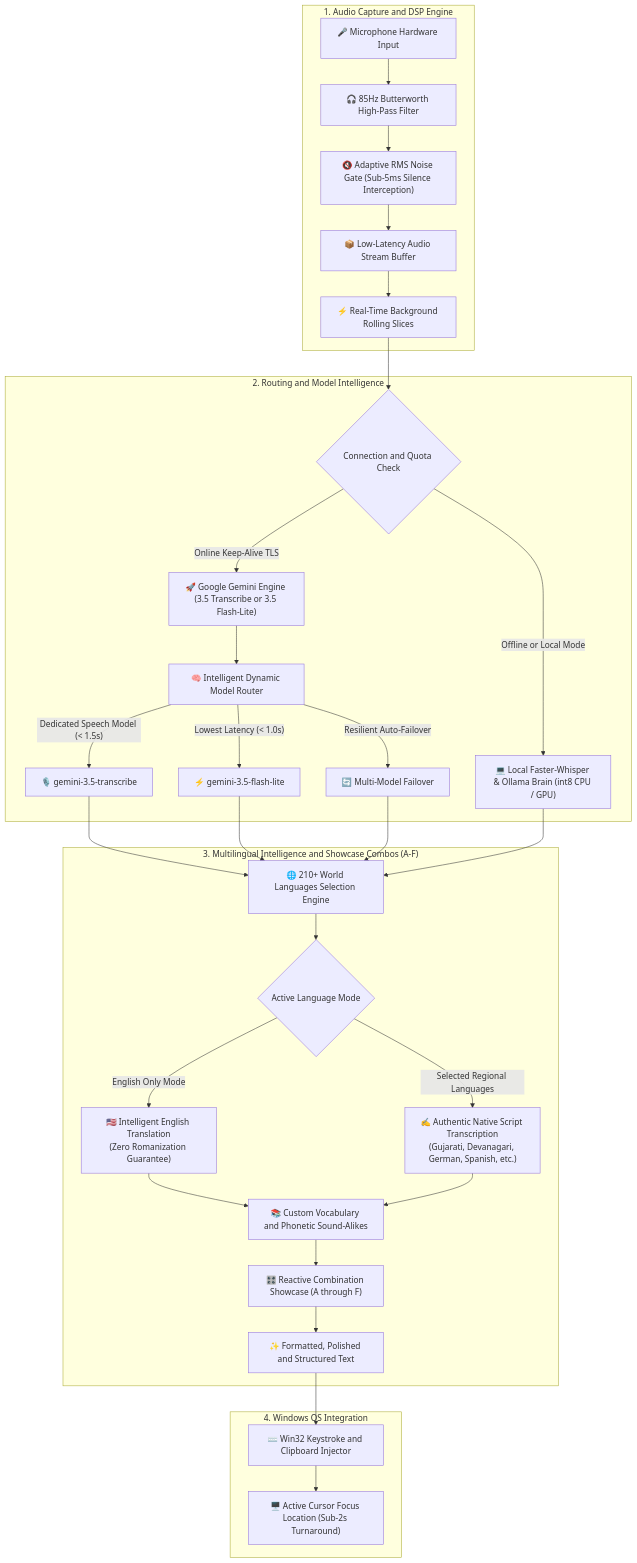
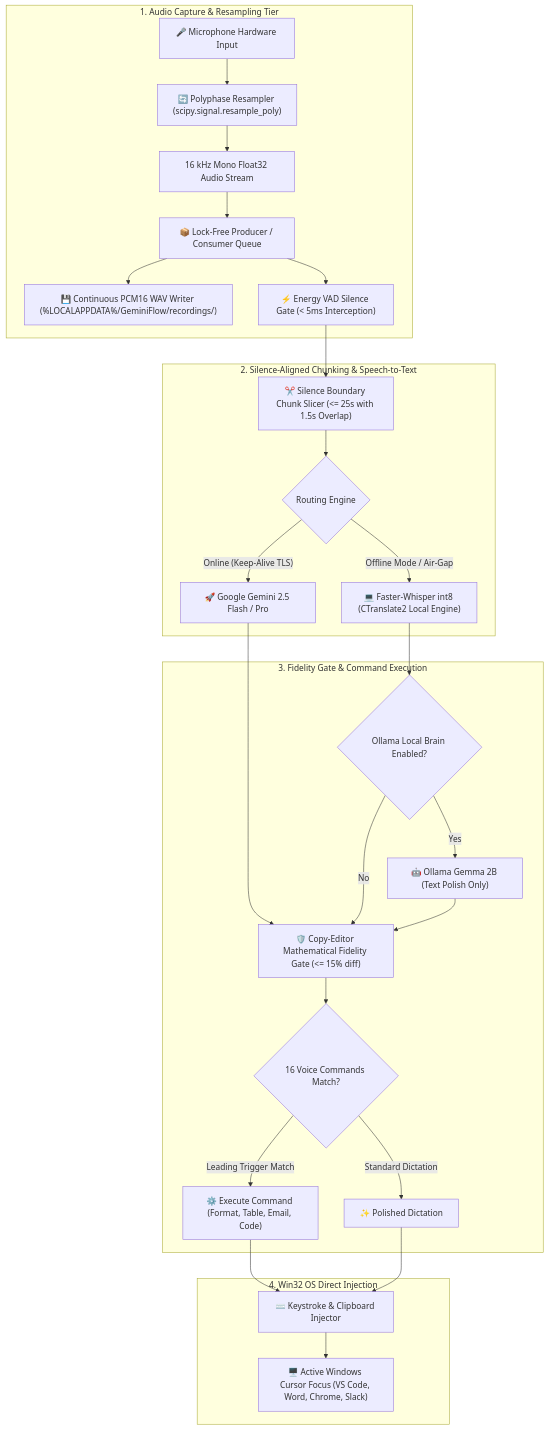
The diagram in README.md (SriniwasAwasthi/gemini-flow), drawn with Mermaid before and after one commit. The commit also changed other lines of this file and 34 other files, not shown here.

````diff
--- a/README.md
+++ b/README.md
@@ -210,39 +265,34 @@
 ```mermaid
 flowchart TD
-    subgraph Audio ["1. Audio Capture and DSP Engine"]
-        A["🎤 Microphone Hardware Input"] --> B["🎧 85Hz Butterworth High-Pass Filter"]
-        B --> C["🔇 Adaptive RMS Noise Gate (Sub-5ms Silence Interception)"]
-        C --> D["📦 Low-Latency Audio Stream Buffer"]
-        D --> E["⚡ Real-Time Background Rolling Slices"]
+    subgraph AudioEngine ["1. Audio Capture & Resampling Tier"]
+        Mic["🎤 Microphone Hardware Input"] --> Resample["🔄 Polyphase Resampler (scipy.signal.resample_poly)"]
+        Resample --> ResampledAudio["16 kHz Mono Float32 Audio Stream"]
+        ResampledAudio --> Queue["📦 Lock-Free Producer / Consumer Queue"]
+        Queue --> Disk["💾 Continuous PCM16 WAV Writer (%LOCALAPPDATA%/GeminiFlow/recordings/)"]
+        Queue --> VAD["⚡ Energy VAD Silence Gate (< 5ms Interception)"]
     end
 
-    subgraph Routing ["2. Routing and Model Intelligence"]
-        E --> F{"Connection and Quota Check"}
-        F -->|"Online Keep-Alive TLS"| G["🚀 Google Gemini Engine (3.5 Transcribe or 3.5 Flash-Lite)"]
-        F -->|"Offline or Local Mode"| H["💻 Local Faster-Whisper & Ollama Brain (int8 CPU / GPU)"]
-        
-        G --> I["🧠 Intelligent Dynamic Model Router"]
-        I -->|"Dedicated Speech Model (< 1.5s)"| J["🎙️ gemini-3.5-transcribe"]
-        I -->|"Lowest Latency (< 1.0s)"| K["⚡ gemini-3.5-flash-lite"]
-        I -->|"Resilient Auto-Failover"| L["🔄 Multi-Model Failover"]
+    subgraph ProcessingTier ["2. Silence-Aligned Chunking & Speech-to-Text"]
+        VAD --> Slicer["✂️ Silence Boundary Chunk Slicer (<= 25s with 1.5s Overlap)"]
+        Slicer --> Router{"Routing Engine"}
+        Router -->|"Online (Keep-Alive TLS)"| CloudGemini["🚀 Google Gemini 2.5 Flash / Pro"]
+        Router -->|"Offline Mode / Air-Gap"| OfflineWhisper["💻 Faster-Whisper int8 (CTranslate2 Local Engine)"]
     end
 
-    subgraph Intelligence ["3. Multilingual Intelligence and Showcase Combos (A-F)"]
-        J --> M["🌐 210+ World Languages Selection Engine"]
-        K --> M
-        L --> M
-        H --> M
-        M --> N{"Active Language Mode"}
-        N -->|"English Only Mode"| O1["🇺🇸 Intelligent English Translation<br/>(Zero Romanization Guarantee)"]
-        N -->|"Selected Regional Languages"| O2["✍️ Authentic Native Script Transcription<br/>(Gujarati, Devanagari, German, Spanish, etc.)"]
-        O1 --> P["📚 Custom Vocabulary and Phonetic Sound-Alikes"]
-        O2 --> P
-        P --> Q["🎛️ Reactive Combination Showcase (A through F)"]
-        Q --> R["✨ Formatted, Polished and Structured Text"]
+    subgraph IntelligenceTier ["3. Fidelity Gate & Command Execution"]
+        CloudGemini --> FidelityGate["🛡️ Copy-Editor Mathematical Fidelity Gate (<= 15% diff)"]
+        OfflineWhisper --> LocalBrain{"Ollama Local Brain Enabled?"}
+        LocalBrain -->|"Yes"| Gemma["🤖 Ollama Gemma 2B (Text Polish Only)"]
+        LocalBrain -->|"No"| FidelityGate
+        Gemma --> FidelityGate
+        FidelityGate --> CommandRegistry{"16 Voice Commands Match?"}
+        CommandRegistry -->|"Leading Trigger Match"| ExecCmd["⚙️ Execute Command (Format, Table, Email, Code)"]
+        CommandRegistry -->|"Standard Dictation"| StandardText["✨ Polished Dictation"]
     end
 
-    subgraph Injection ["4. Windows OS Integration"]
-        R --> S["⌨️ Win32 Keystroke and Clipboard Injector"]
-        S --> T["🖥️ Active Cursor Focus Location (Sub-2s Turnaround)"]
+    subgraph InjectionTier ["4. Win32 OS Direct Injection"]
+        ExecCmd --> Win32Inject["⌨️ Keystroke & Clipboard Injector"]
+        StandardText --> Win32Inject
+        Win32Inject --> ActiveApp["🖥️ Active Windows Cursor Focus (VS Code, Word, Chrome, Slack)"]
     end
 ```
````
